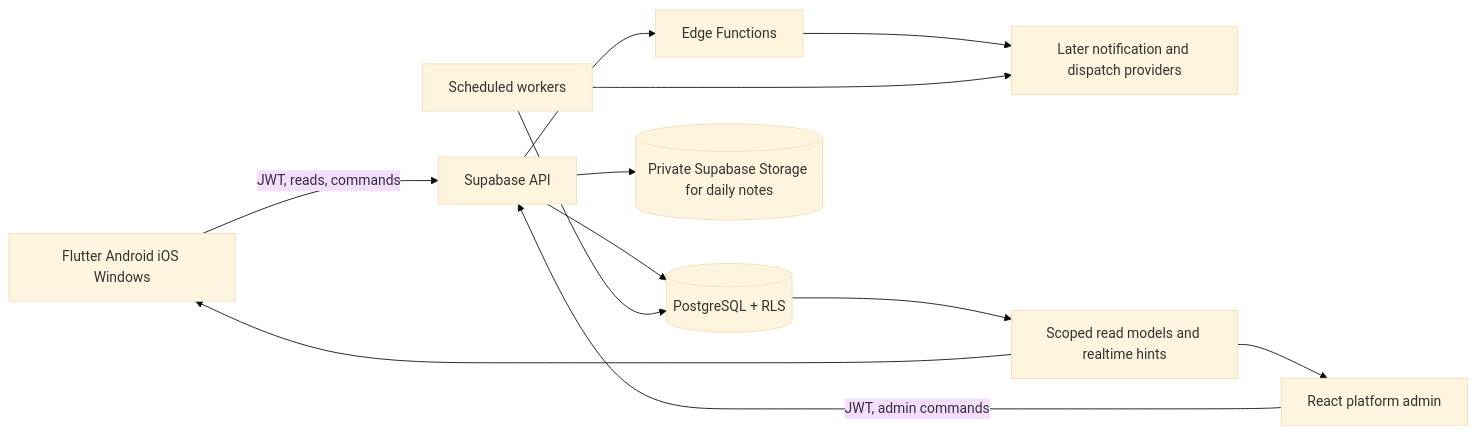
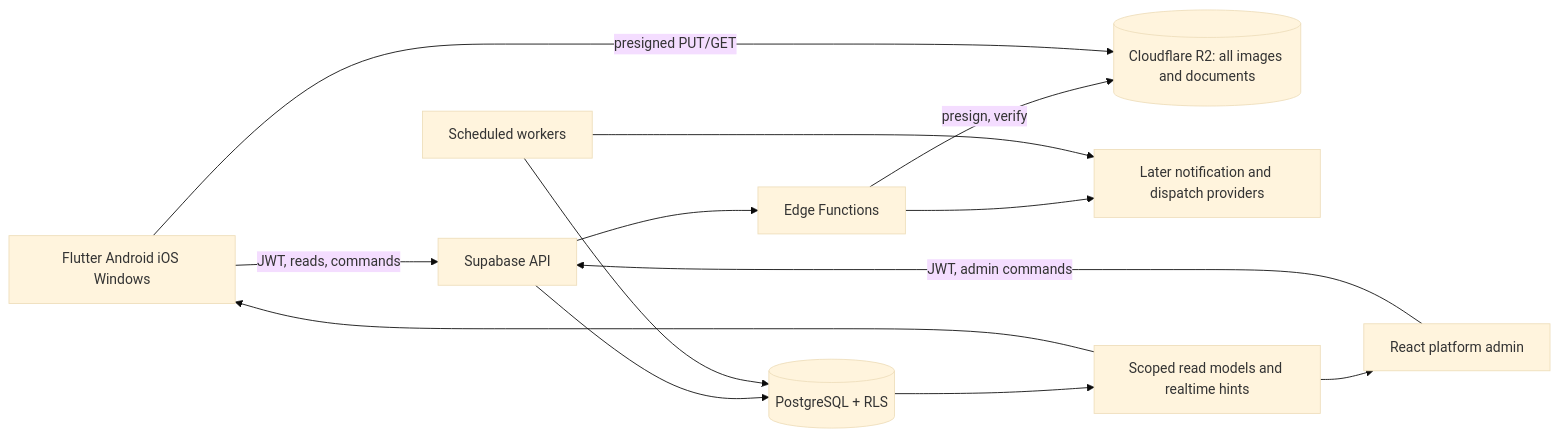
Before and after one commit to ahmed-shorbagy/eldaftar-erp: the diagram in docs/architecture.md, drawn with Mermaid (base theme). The commit also changed other lines of this file and 43 other files, not shown here.

Commit message:
feat(media): integrate Cloudflare R2 for media storage, implementing presigned URL handling for uploads and retrievals, and ensuring secure metadata management without using Supabase Storage

```diff
--- a/docs/architecture.md
+++ b/docs/architecture.md
@@ -13,14 +13,15 @@
 ~~~mermaid
 flowchart LR
   F[Flutter Android iOS Windows] -->|JWT, reads, commands| S[Supabase API]
   A[React platform admin] -->|JWT, admin commands| S
   S --> P[(PostgreSQL + RLS)]
   S --> E[Edge Functions]
-  S --> R[(Private Supabase Storage for daily notes)]
+  E -->|presign, verify| R[(Cloudflare R2: all images and documents)]
+  F -->|presigned PUT/GET| R
   E --> N[Later notification and dispatch providers]
   W[Scheduled workers] --> P
   W --> N
   P --> Q[Scoped read models and realtime hints]
   Q --> F
   Q --> A
 ~~~
```
